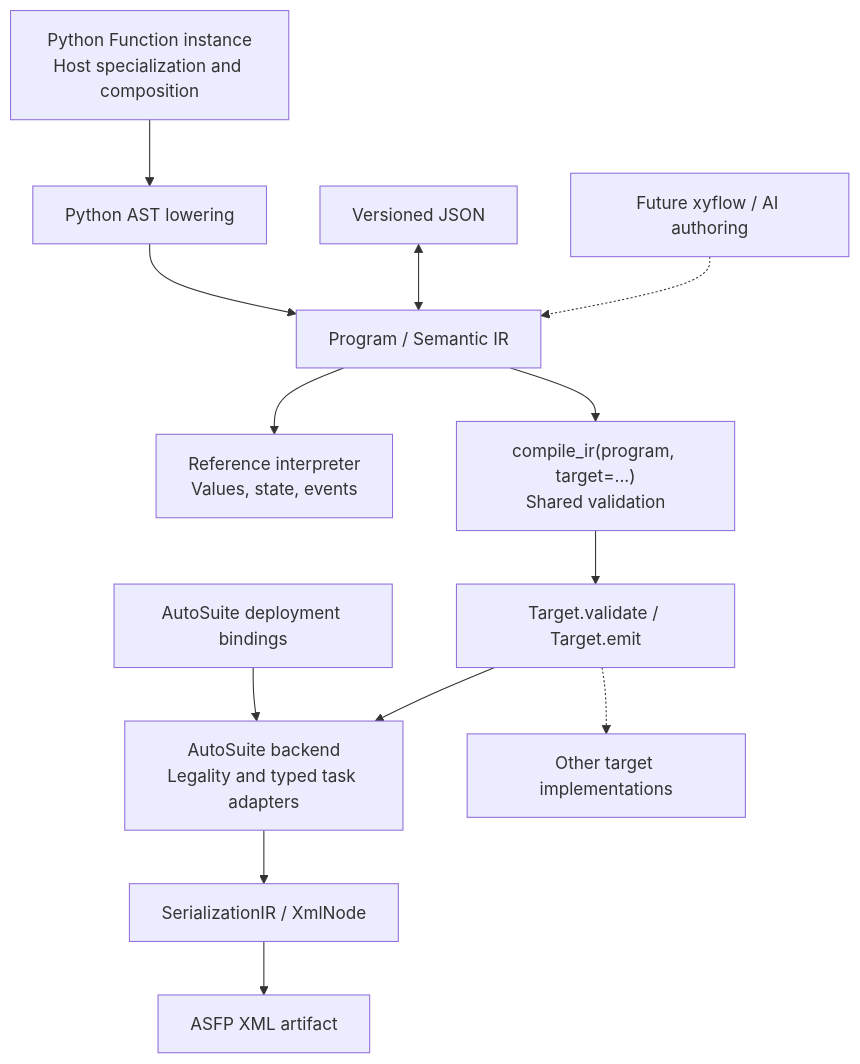
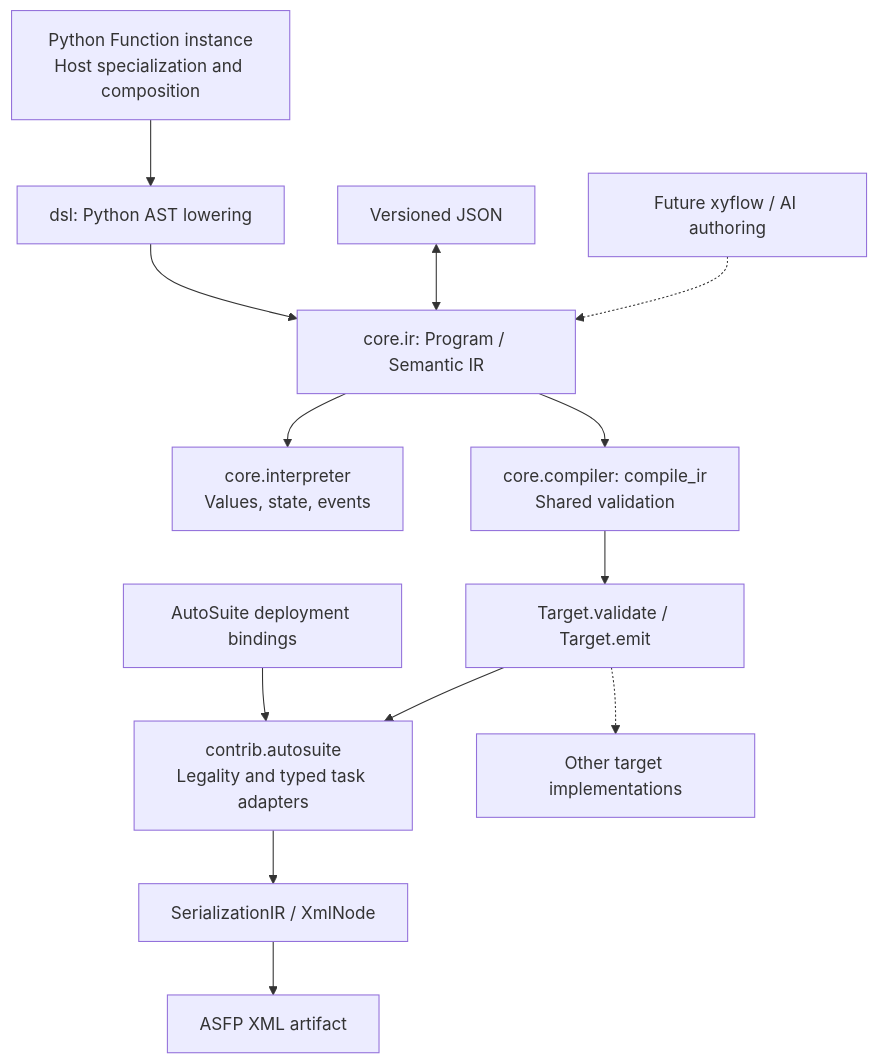
One commit to TsumiNa/sciloom changed the diagram in docs/02_COMPILER_ARCHITECTURE.md. Above: the diagram before and after it, drawn with Mermaid. The commit also changed other lines of this file and 29 other files, not shown here.

````diff
--- a/docs/02_COMPILER_ARCHITECTURE.md
+++ b/docs/02_COMPILER_ARCHITECTURE.md
@@ -14,15 +15,15 @@
 ```mermaid
 flowchart TB
-    Python["Python Function instance<br/>Host specialization and composition"] --> Lower["Python AST lowering"]
-    Lower --> IR["Program / Semantic IR"]
+    Python["Python Function instance<br/>Host specialization and composition"] --> Lower["dsl: Python AST lowering"]
+    Lower --> IR["core.ir: Program / Semantic IR"]
     JSON["Versioned JSON"] <--> IR
     Author["Future xyflow / AI authoring"] -.-> IR
-    IR --> Reference["Reference interpreter<br/>Values, state, events"]
-    IR --> Compile["compile_ir(program, target=...)<br/>Shared validation"]
+    IR --> Reference["core.interpreter<br/>Values, state, events"]
+    IR --> Compile["core.compiler: compile_ir<br/>Shared validation"]
     Compile --> Target["Target.validate / Target.emit"]
     Bind["AutoSuite deployment bindings"] --> AutoSuite
-    Target --> AutoSuite["AutoSuite backend<br/>Legality and typed task adapters"]
+    Target --> AutoSuite["contrib.autosuite<br/>Legality and typed task adapters"]
     Target -.-> Other["Other target implementations"]
     AutoSuite --> SIR["SerializationIR / XmlNode"]
     SIR --> XML["ASFP XML artifact"]
 ```
````
